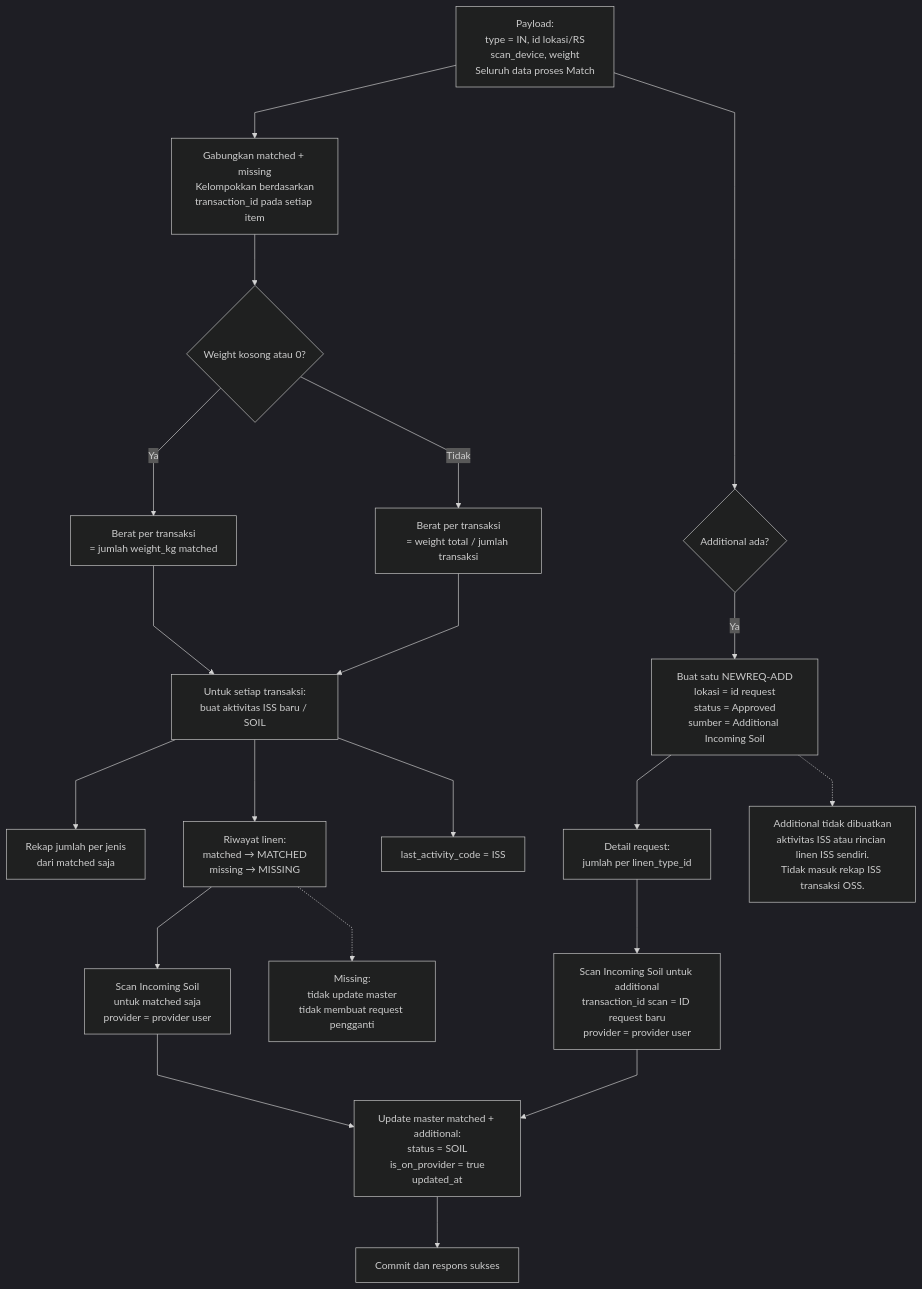
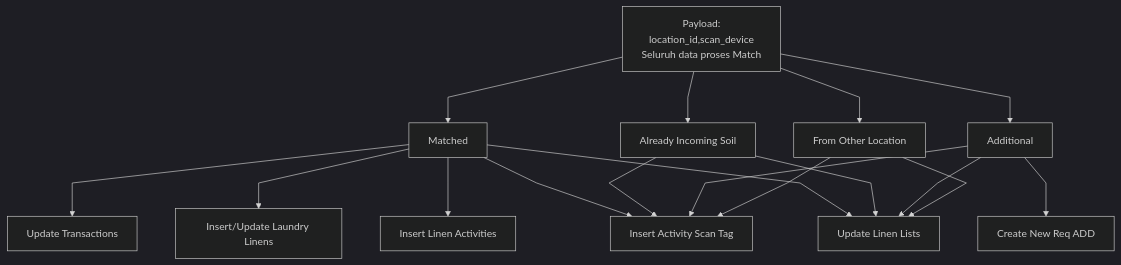
Before and after one commit to bagaskrmn/bac-flow-laundry: the second of 3 diagrams in laundry-activities/incoming-soil.md, drawn with Mermaid (dark theme). The commit also changed other lines of this file, not shown here.

Commit message:
fix submit ISS

````diff
--- a/laundry-activities/incoming-soil.md
+++ b/laundry-activities/incoming-soil.md
@@ -52,30 +50,26 @@
 ```mermaid
 %%{init: {'flowchart': {'curve': 'linear', 'nodeSpacing': 60, 'rankSpacing': 80, 'diagramPadding': 24}}}%%
 flowchart TD
-    N_IN["Payload:<br/>type = IN, id lokasi/RS<br/>scan_device, weight<br/>Seluruh data proses Match"]
+    N_IN["Payload:<br/>location_id,scan_device<br/>Seluruh data proses Match"]
+    N_IN -->N_MATCHED["Matched"]
+    N_MATCHED -->N_UPDTRX["Update Transactions"]
+    N_MATCHED -->N_LAUNDLIN["Insert/Update Laundry Linens"]
+    N_MATCHED -->N_LA["Insert Linen Activities"]
+    N_MATCHED -->N_AST["Insert Activity Scan Tag"]
+    N_MATCHED -->N_UPDLIN["Update Linen Lists"]
 
-    N_IN --> N_GROUP["Gabungkan matched + missing<br/>Kelompokkan berdasarkan<br/>transaction_id pada setiap item"]
 
-    N_GROUP --> N_WEIGHT{"Weight kosong atau 0?"}
-    N_WEIGHT -->|Ya| N_AUTO["Berat per transaksi<br/>= jumlah weight_kg matched"]
-    N_WEIGHT -->|Tidak| N_SPLIT["Berat per transaksi<br/>= weight total / jumlah transaksi"]
-    N_AUTO --> N_ACT["Untuk setiap transaksi:<br/>buat aktivitas ISS baru / SOIL"]
-    N_SPLIT --> N_ACT
+    N_IN -->N_ALREADYINC["Already Incoming Soil"]
+    N_ALREADYINC -->N_AST
+    N_ALREADYINC -->N_UPDLIN
 
-    N_ACT --> N_QTY["Rekap jumlah per jenis<br/>dari matched saja"]
-    N_ACT --> N_DETAIL["Riwayat linen:<br/>matched → MATCHED<br/>missing → MISSING"]
-    N_ACT --> N_TRX["last_activity_code = ISS"]
-    N_DETAIL --> N_SCAN["Scan Incoming Soil<br/>untuk matched saja<br/>provider = provider user"]
+    N_IN -->N_ADD["Additional"]
+    N_ADD -->N_NEWREQADD["Create New Req ADD"]
+    N_ADD -->N_AST
+    N_ADD -->N_UPDLIN
 
-    N_IN --> N_ADD{"Additional ada?"}
-    N_ADD -->|Ya| N_REQ["Buat satu NEWREQ-ADD<br/>lokasi = id request<br/>status = Approved<br/>sumber = Additional Incoming Soil"]
-    N_REQ --> N_REQDETAIL["Detail request:<br/>jumlah per linen_type_id"]
-    N_REQDETAIL --> N_ADDSCAN["Scan Incoming Soil untuk additional<br/>transaction_id scan = ID request baru<br/>provider = provider user"]
+    N_IN -->N_FROMOTHER["From Other Location"]
+    N_FROMOTHER -->N_AST
+    N_FROMOTHER -->N_UPDLIN
 
-    N_SCAN --> N_MASTER["Update master matched + additional:<br/>status = SOIL<br/>is_on_provider = true<br/>updated_at"]
-    N_ADDSCAN --> N_MASTER
-    N_MASTER --> N_DONE["Commit dan respons sukses"]
-
-    N_DETAIL -.-> N_MNOTE["Missing:<br/>tidak update master<br/>tidak membuat request pengganti"]
-    N_REQ -.-> N_ANOTE["Additional tidak dibuatkan<br/>aktivitas ISS atau rincian linen ISS sendiri.<br/>Tidak masuk rekap ISS transaksi OSS."]
 ```
````
